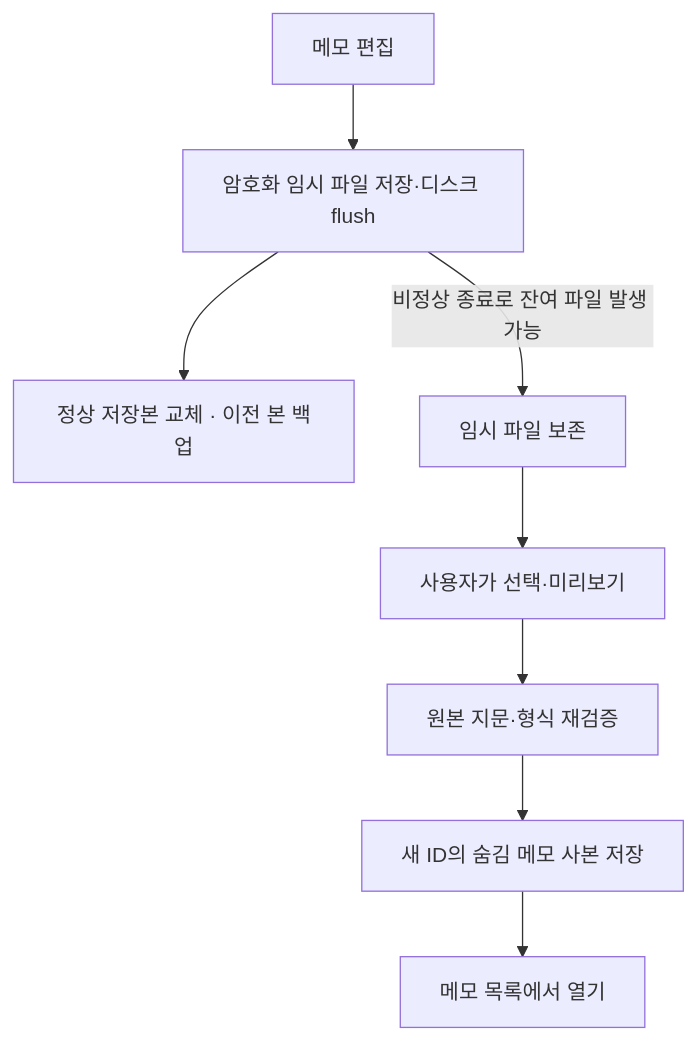
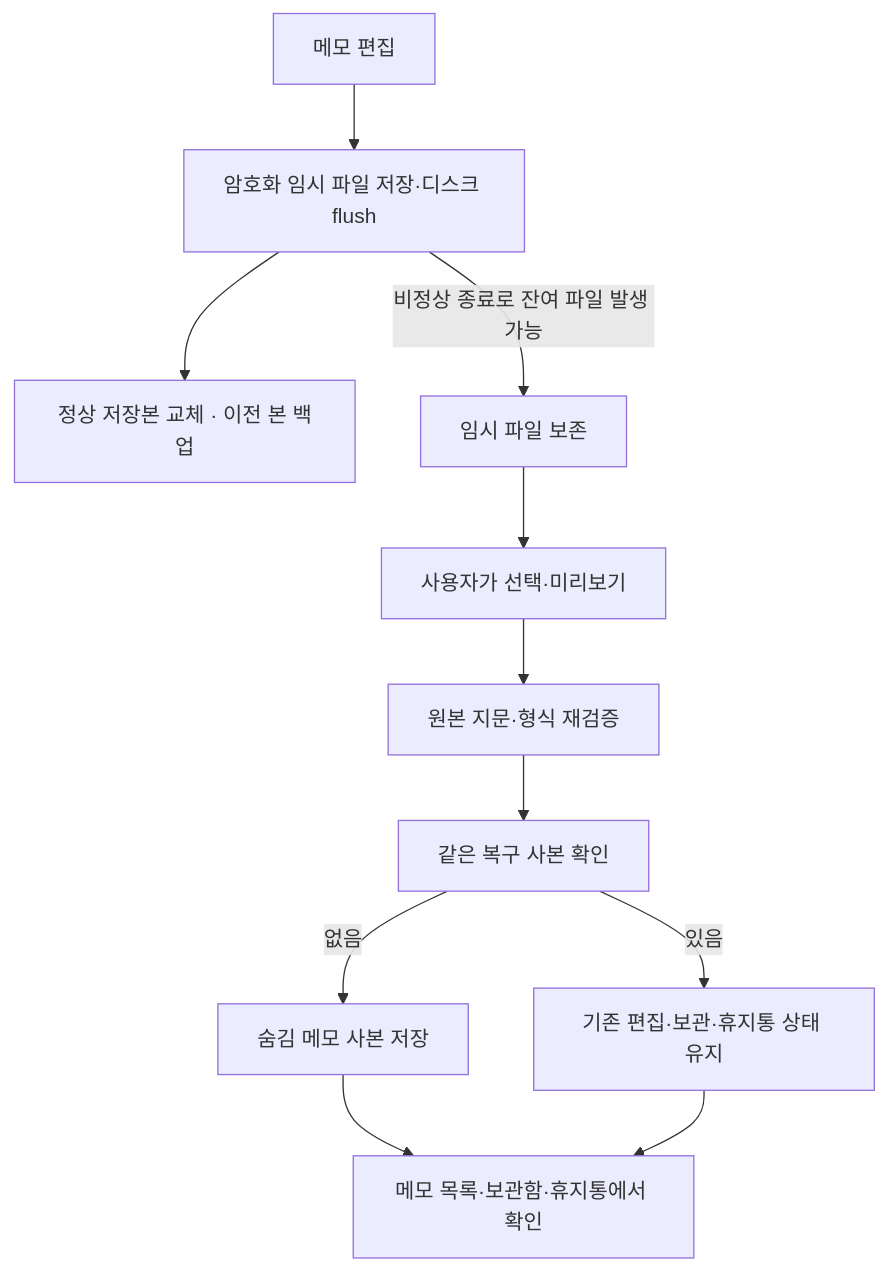
The second of 2 diagrams in README.md (DongminKang0919/windows-desktop-notes), drawn with Mermaid before and after one commit. The commit also changed other lines of this file and 17 other files, not shown here.

````diff
--- a/README.md
+++ b/README.md
@@ -86,10 +86,13 @@
 ```mermaid
 flowchart TD
     Edit["메모 편집"] --> Save["암호화 임시 파일 저장·디스크 flush"]
     Save --> Commit["정상 저장본 교체 · 이전 본 백업"]
     Save -->|비정상 종료로 잔여 파일 발생 가능| Pending["임시 파일 보존"]
     Pending --> Review["사용자가 선택·미리보기"]
     Review --> Verify["원본 지문·형식 재검증"]
-    Verify --> Copy["새 ID의 숨김 메모 사본 저장"]
-    Copy --> List["메모 목록에서 열기"]
+    Verify --> Lookup["같은 복구 사본 확인"]
+    Lookup -->|없음| Copy["숨김 메모 사본 저장"]
+    Lookup -->|있음| Existing["기존 편집·보관·휴지통 상태 유지"]
+    Copy --> List["메모 목록·보관함·휴지통에서 확인"]
+    Existing --> List
 ```
````
